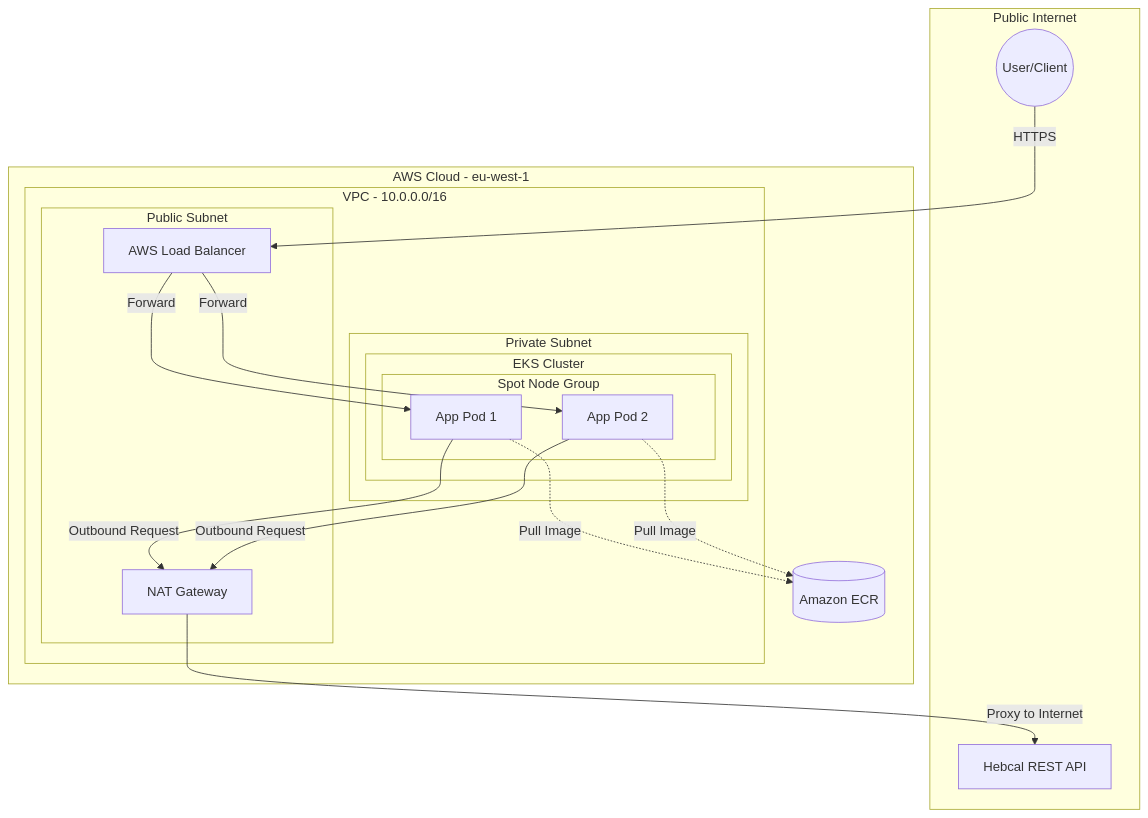
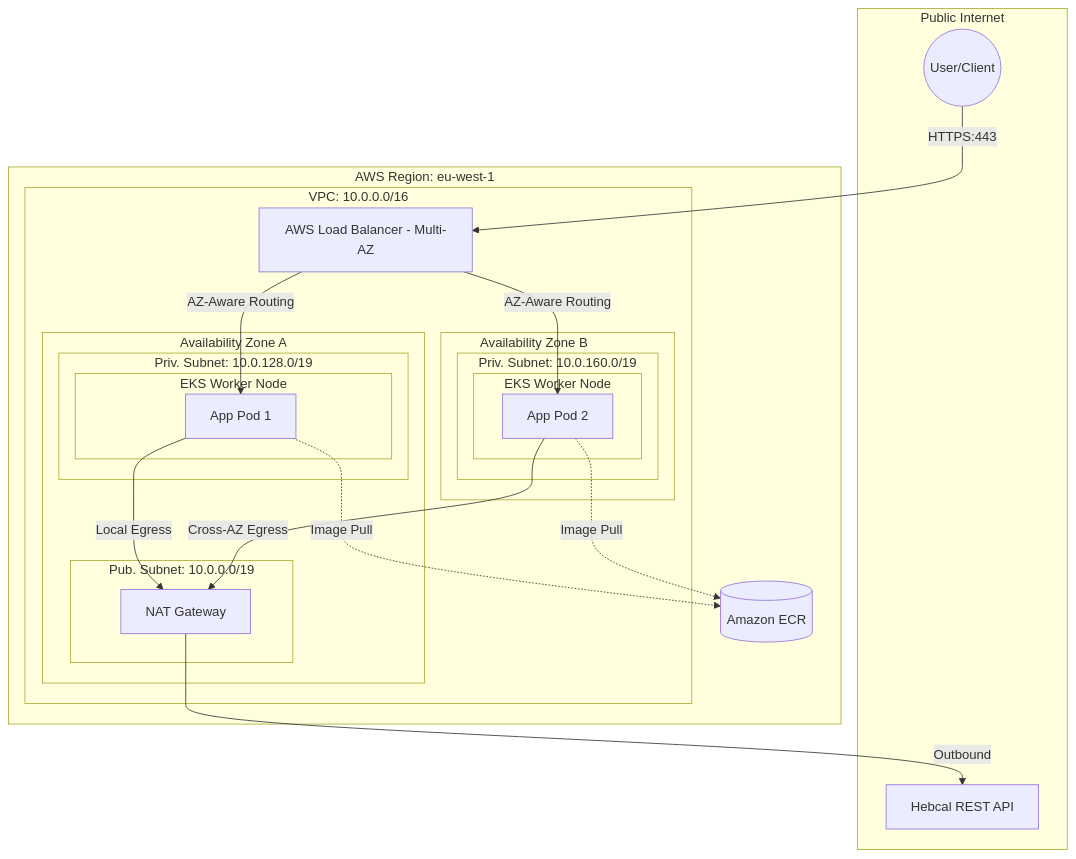
The diagram in README.md (idogann/aws-kubernetes-iac), drawn with Mermaid before and after one commit.

Commit message:
refine vpc diagram

````diff
--- a/README.md
+++ b/README.md
@@ -8,39 +8,46 @@
 ```mermaid
 graph TD
     subgraph Public_Internet [Public Internet]
         User((User/Client))
         Hebcal[Hebcal REST API]
     end
 
-    subgraph AWS_Cloud [AWS Cloud - eu-west-1]
-        subgraph VPC [VPC - 10.0.0.0/16]
-            
-            subgraph Public_Subnet [Public Subnet]
-                ALB[AWS Load Balancer]
-                NAT[NAT Gateway]
+    subgraph AWS_Region [AWS Region: eu-west-1]
+        ECR[(Amazon ECR)]
+        
+        subgraph VPC [VPC: 10.0.0.0/16]
+            ALB[AWS Load Balancer - Multi-AZ]
+
+            subgraph AZ_1 [Availability Zone A]
+                subgraph Public_Subnet_A ["Pub. Subnet: 10.0.0.0/19"]
+                    NAT[NAT Gateway]
+                end
+                subgraph Private_Subnet_A ["Priv. Subnet: 10.0.128.0/19"]
+                    subgraph Node_1 ["EKS Worker Node"]
+                        Pod1[App Pod 1]
+                    end
+                end
             end
 
-            subgraph Private_Subnet [Private Subnet]
-                subgraph EKS_Cluster [EKS Cluster]
-                    subgraph Node_Group [Spot Node Group]
-                        Pod1[App Pod 1]
+            subgraph AZ_2 ["Availability Zone B &nbsp;&nbsp;&nbsp;&nbsp;&nbsp;&nbsp;&nbsp;&nbsp;&nbsp;&nbsp;&nbsp;&nbsp;"]
+                subgraph Private_Subnet_B ["Priv. Subnet: 10.0.160.0/19"]
+                    subgraph Node_2 ["EKS Worker Node"]
                         Pod2[App Pod 2]
                     end
                 end
             end
         end
-
-        ECR[(Amazon ECR)]
     end
 
-    %% Ingress Flow (Incoming)
-    User -->|HTTPS| ALB
-    ALB -->|Forward| Pod1 & Pod2
+    %% Ingress Flow
+    User -->|HTTPS:443| ALB
+    ALB -->|AZ-Aware Routing| Pod1 & Pod2
 
-    %% Egress Flow (Outgoing)
-    Pod1 & Pod2 -->|Outbound Request| NAT
-    NAT -->|Proxy to Internet| Hebcal
+    %% Egress Flow (The Strategic Part)
+    Pod1 -->|Local Egress| NAT
+    Pod2 -->|Cross-AZ Egress| NAT
+    NAT -->|Outbound| Hebcal
 
-    %% Image Management
-    Pod1 & Pod2 -.->|Pull Image| ECR
+    %% Registry Flow
+    Pod1 & Pod2 -.->|Image Pull| ECR
 ```
````
